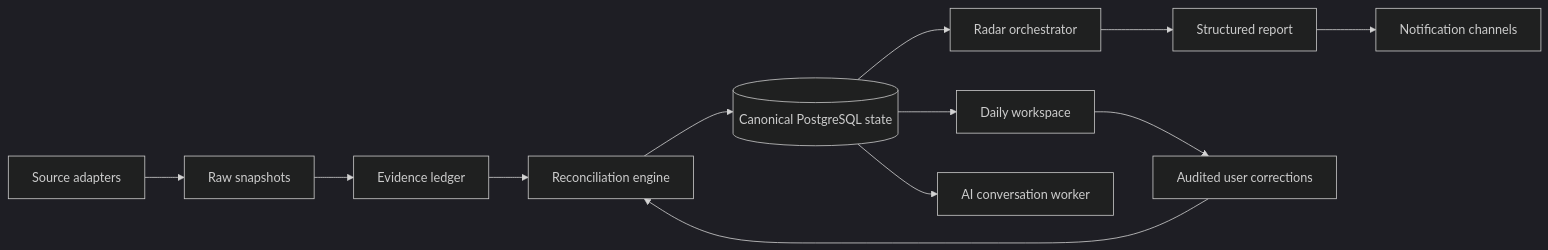
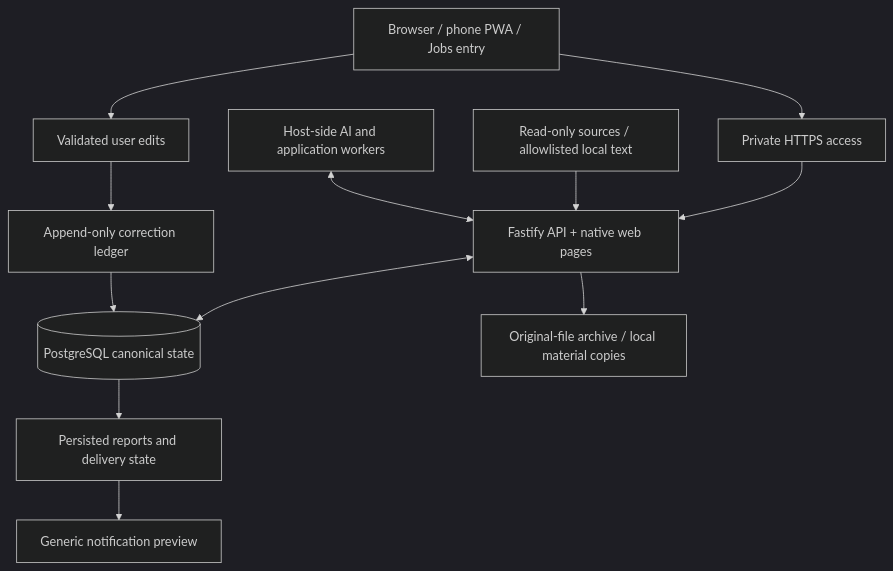
One commit to Zeeekrom/lifeops-atlas-showcase changed the second of 2 diagrams in README.md. Above: the diagram before and after it, drawn with Mermaid (dark theme). The commit also changed other lines of this file and 10 other files, not shown here.

````diff
--- a/README.md
+++ b/README.md
@@ -216,14 +112,14 @@
 ```mermaid
-flowchart LR
-    A[Source adapters] --> B[Raw snapshots]
-    B --> C[Evidence ledger]
-    C --> D[Reconciliation engine]
-    D --> E[(Canonical PostgreSQL state)]
-    E --> F[Daily workspace]
-    E --> G[Radar orchestrator]
-    E --> H[AI conversation worker]
-    G --> I[Structured report]
-    I --> J[Notification channels]
-    F --> K[Audited user corrections]
-    K --> D
+flowchart TD
+    UI[Browser / phone PWA / Jobs entry] --> Access[Private HTTPS access]
+    Access --> API[Fastify API + native web pages]
+    API <--> DB[(PostgreSQL canonical state)]
+    Sources[Read-only sources / allowlisted local text] --> API
+    UI --> Changes[Validated user edits]
+    Changes --> Ledger[Append-only correction ledger]
+    Ledger --> DB
+    Workers[Host-side AI and application workers] <--> API
+    API --> Files[Original-file archive / local material copies]
+    DB --> Reports[Persisted reports and delivery state]
+    Reports --> Push[Generic notification preview]
 ```
````
